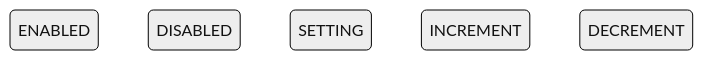
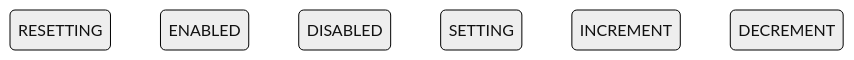
Before and after one commit to tfcp68/yantrix: the second of 11 diagrams in docs/index.md, drawn with Mermaid (neutral theme). The commit also changed other lines of this file and 2 other files, not shown here.

````diff
--- a/docs/index.md
+++ b/docs/index.md
@@ -111,9 +100,10 @@
 ```mermaid
 stateDiagram-v2
 	direction TB
+	RESETTING
 	ENABLED
 	DISABLED
 	SETTING
 	INCREMENT
 	DECREMENT
 ```
````
